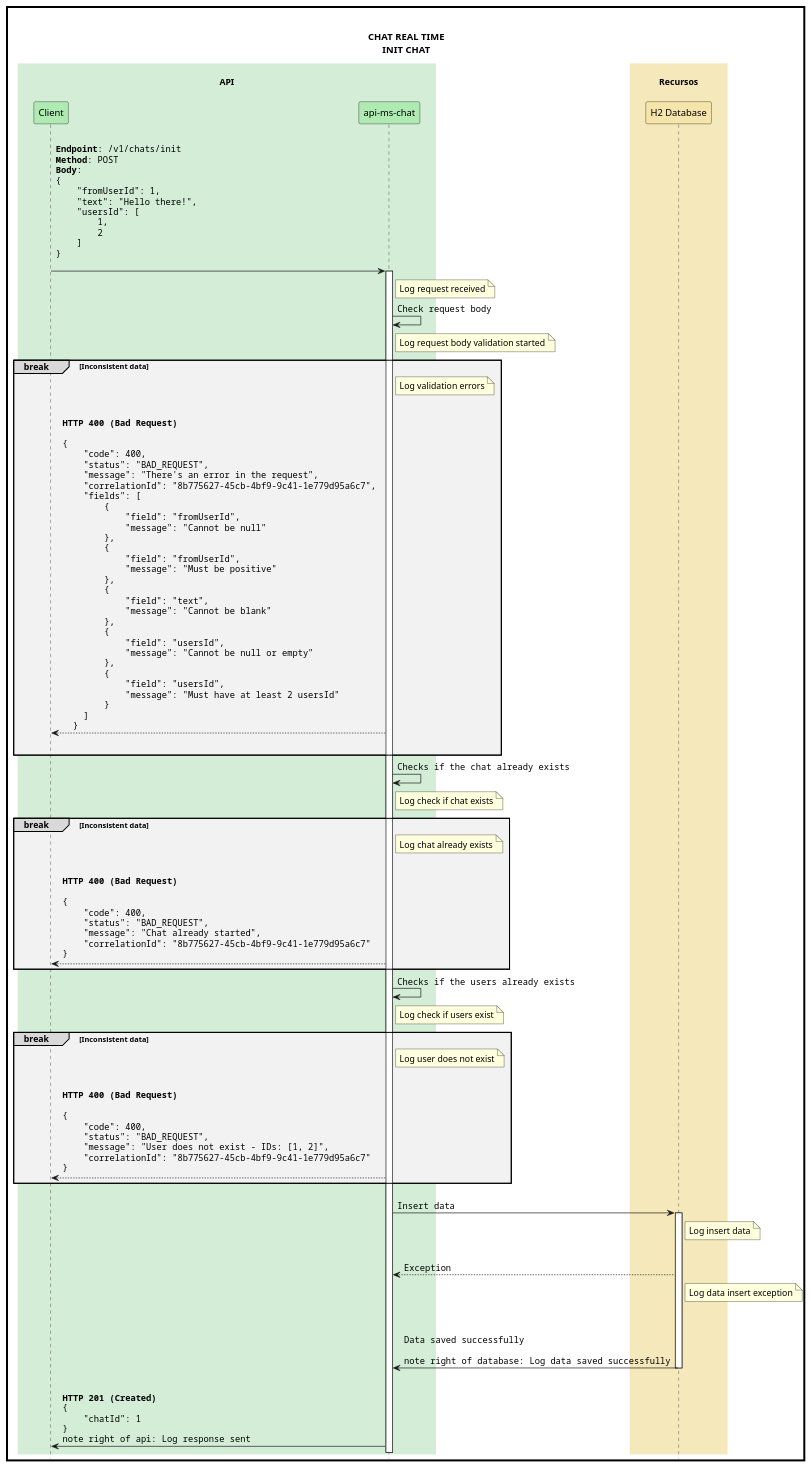
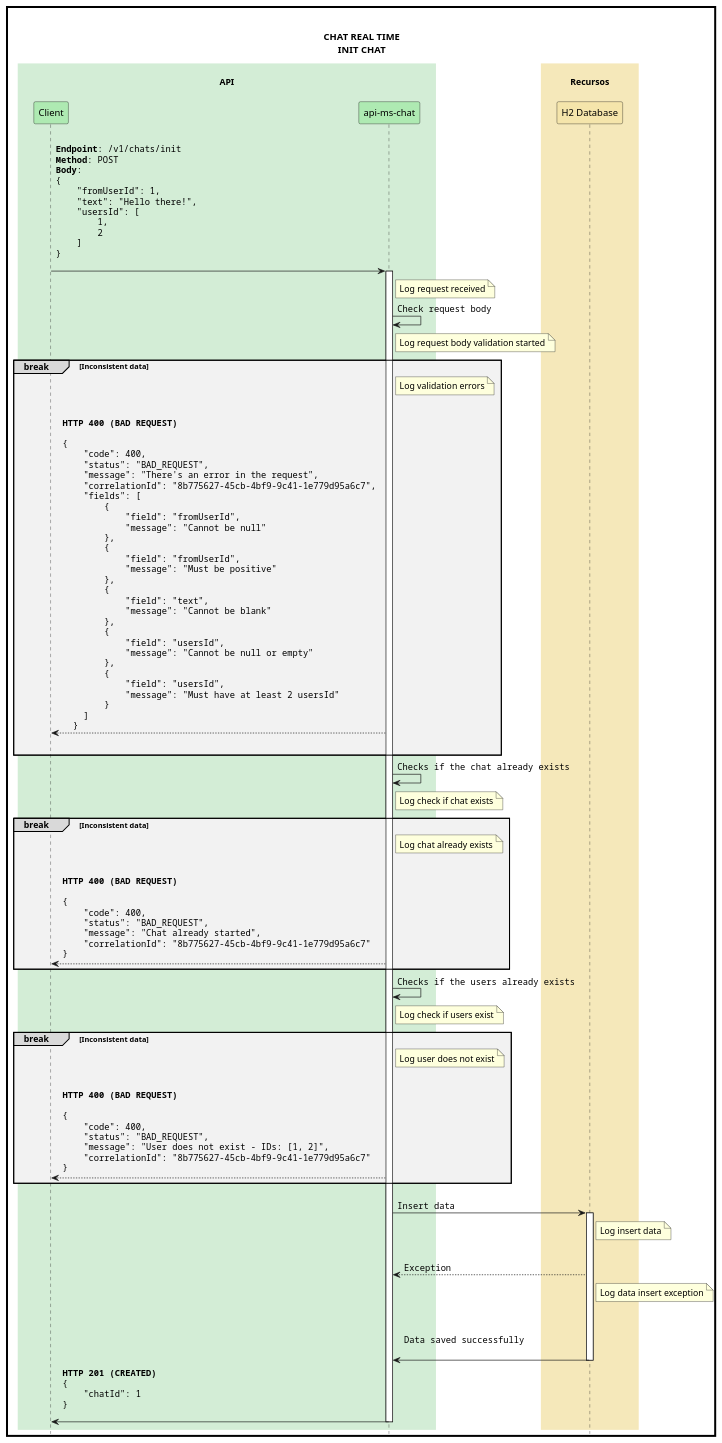
The diagram in diagrams/sequence-diagram-init-chat.wsd (heycristhian/spring-chat-realtime), drawn with PlantUML before and after one commit. The commit also changed 3 other files, not shown here.

Commit message:
Ajuste diagramas e criado digrama de listagem de chat

```diff
--- a/diagrams/sequence-diagram-init-chat.wsd
+++ b/diagrams/sequence-diagram-init-chat.wsd
@@ -1,165 +1,163 @@
 @startuml CHAT REAL TIME
 
 /'----------------------------------------------------------------------
   FORMATAÇÕES GERAIS
   ----------------------------------------------------------------------'/
 skinparam diagramBorderColor black
 skinparam diagramBorderThickness 3
 skinparam participantPadding 20
 skinparam defaultFontName helvetica
 skinparam defaultFontColor black
 skinparam sequenceTitleFontSize 30
 skinparam sequenceParticipantBorderColor black
 skinparam sequenceParticipantFontSize 14
 skinparam actorBackgroundColor transparent
 skinparam actorBorderColor black
 skinparam actorFontSize 14
 skinparam sequenceBoxBorderColor transparent
 skinparam sequenceGroupBodyBackgroundColor transparent
 skinparam sequenceReferenceBackgroundColor ffffe6
 skinparam arrowFontName Courier
 skinparam shadowing false
 skinparam useBetaStyle true
 hide footbox
 
 /'----------------------------------------------------------------------
   PARTICIPANTES
   ----------------------------------------------------------------------'/
 box "\nAPI\n" #d3edd6
   participant cli as "Client" #aeeab2
   participant api as "api-ms-chat" #aeeab2
 end box
 box "\nRecursos\n" #f5e8ba
   participant database as "H2 Database" #f5e5ab
 end box
 
 /'----------------------------------------------------------------------
   TITULO
   ----------------------------------------------------------------------'/
 title \n\
 CHAT REAL TIME\n\
 INIT CHAT
 
 /'----------------------------------------------------------------------
   FLUXO
   ----------------------------------------------------------------------'/
 
 cli -> api ++: \n\
 <b>Endpoint</b>: /v1/chats/init \n\
 <b>Method</b>: POST \n\
 <b>Body</b>: \n\
 {\n\
     "fromUserId": 1, \n\
     "text": "Hello there!", \n\
     "usersId": [ \n\
         1, \n\
         2 \n\
     ] \n\
 } \n
 note right of api: Log request received
 
 api -> api: Check request body
 note right of api: Log request body validation started
 
 break#d9d9d9 #f2f2f2 Inconsistent data
 note right of api: Log validation errors
 |||
 
 api --> cli: \
-<b>HTTP 400 (Bad Request)</b> \n\
+<b>HTTP 400 (BAD REQUEST)</b> \n\
 \n\
 { \n\
     "code": 400, \n\
     "status": "BAD_REQUEST", \n\
     "message": "There's an error in the request", \n\
     "correlationId": "8b775627-45cb-4bf9-9c41-1e779d95a6c7", \n\
     "fields": [ \n\
         { \n\
             "field": "fromUserId", \n\
             "message": "Cannot be null" \n\
         }, \n\
         { \n\
             "field": "fromUserId", \n\
             "message": "Must be positive" \n\
         }, \n\
         { \n\
             "field": "text", \n\
             "message": "Cannot be blank" \n\
         }, \n\
         { \n\
             "field": "usersId", \n\
             "message": "Cannot be null or empty" \n\
         }, \n\
         { \n\
             "field": "usersId", \n\
             "message": "Must have at least 2 usersId" \n\
         } \n\
     ] \n\
   }
 |||
 end 
 
 api -> api: Checks if the chat already exists
 note right of api: Log check if chat exists
 
 break#d9d9d9 #f2f2f2 Inconsistent data
 note right of api: Log chat already exists
 |||
 
 api --> cli: \
-<b>HTTP 400 (Bad Request)</b> \n\
+<b>HTTP 400 (BAD REQUEST)</b> \n\
 \n\
 { \n\
     "code": 400,  \n\
     "status": "BAD_REQUEST",  \n\
     "message": "Chat already started",  \n\
     "correlationId": "8b775627-45cb-4bf9-9c41-1e779d95a6c7" \n\
 } \n\
 |||
 end 
 
 api -> api: Checks if the users already exists
 note right of api: Log check if users exist
 
 break#d9d9d9 #f2f2f2 Inconsistent data
 note right of api: Log user does not exist
 |||
 
 api --> cli: \
-<b>HTTP 400 (Bad Request)</b> \n\
+<b>HTTP 400 (BAD REQUEST)</b> \n\
 \n\
 { \n\
     "code": 400,  \n\
     "status": "BAD_REQUEST",  \n\
     "message": "User does not exist - IDs: [1, 2]",  \n\
     "correlationId": "8b775627-45cb-4bf9-9c41-1e779d95a6c7" \n\
 } \n\
 |||
 end 
 
 api -> database ++: \
 \n\
 Insert data
 note right of database: Log insert data
 |||
 
 database --> api: \
 Exception
 note right of database: Log data insert exception
 |||
 
 database -> api --: \
 \n\
 Data saved successfully\n\
 \n\
-note right of database: Log data saved successfully
 |||
 
-api -> cli: \
-<b>HTTP 201 (Created)</b> \n\
+api -> cli --: \
+<b>HTTP 201 (CREATED)</b> \n\
 { \n\
     "chatId": 1 \n\
 } \n\
-note right of api: Log response sent
 
 @enduml
```
